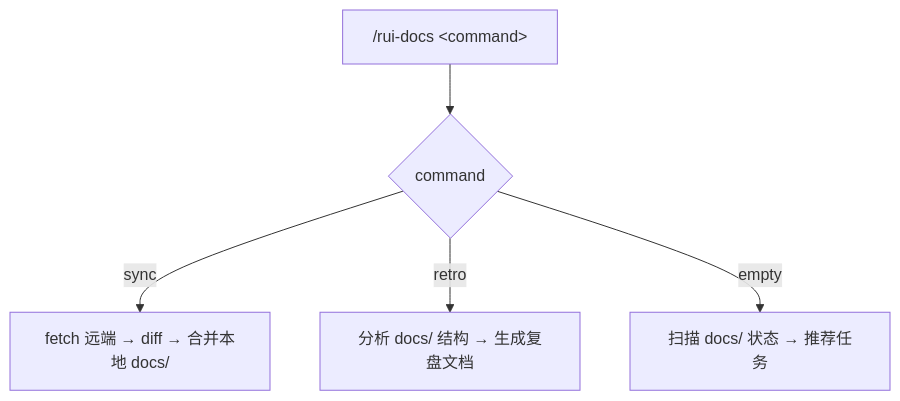
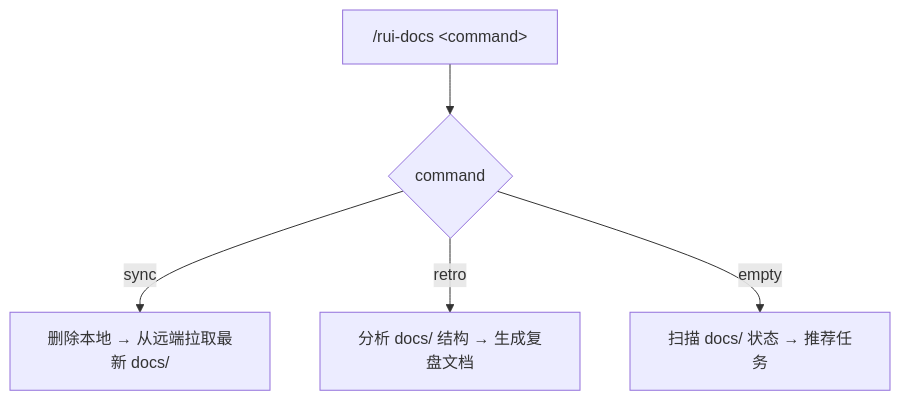
The first of 3 diagrams in skills/rui-docs/SKILL.md (effiy/YrY), drawn with Mermaid before and after one commit. The commit also changed other lines of this file and 2 other files, not shown here.

````diff
--- a/skills/rui-docs/SKILL.md
+++ b/skills/rui-docs/SKILL.md
@@ -10,7 +10,7 @@
 ```mermaid
 flowchart TD
     USER["/rui-docs &lt;command&gt;"] --> ROUTE{command}
-    ROUTE -->|sync| SYNC["fetch 远端 → diff → 合并本地 docs/"]
+    ROUTE -->|sync| SYNC["删除本地 → 从远端拉取最新 docs/"]
     ROUTE -->|retro| RETRO["分析 docs/ 结构 → 生成复盘文档"]
     ROUTE -->|empty| RECOMMEND["扫描 docs/ 状态 → 推荐任务"]
 ```
````
